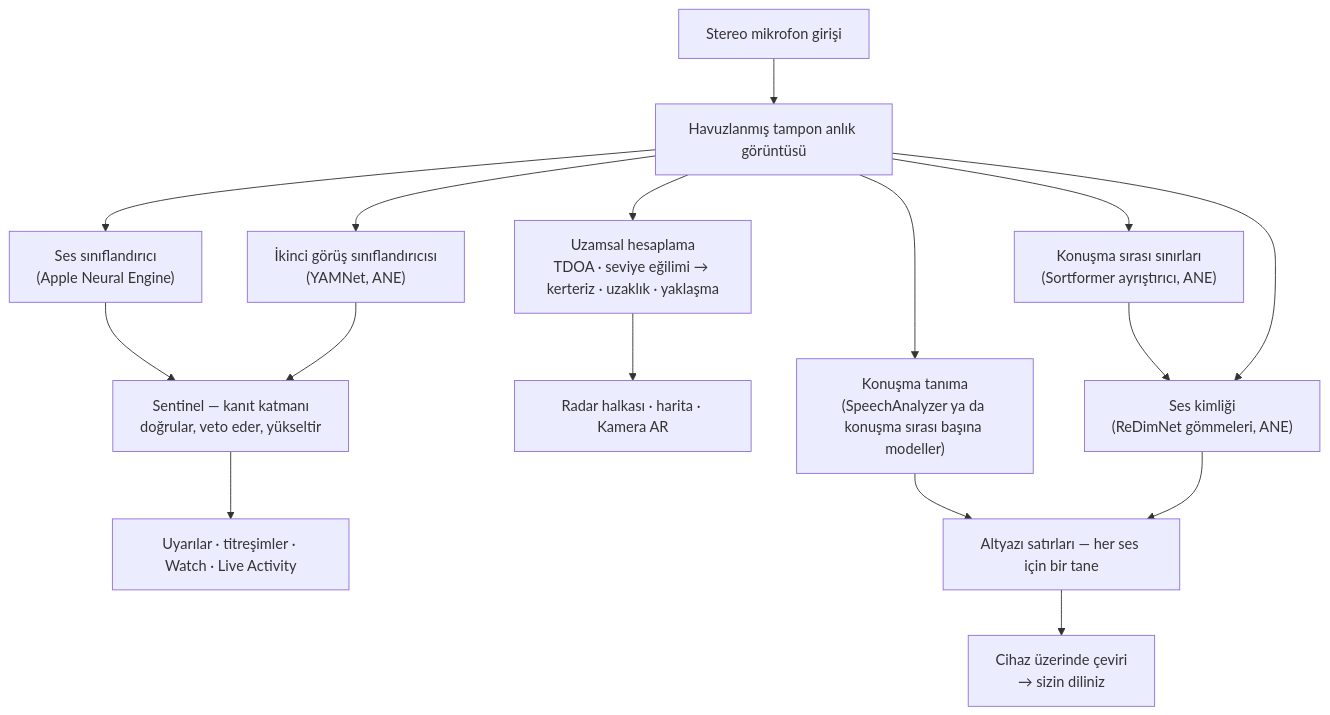
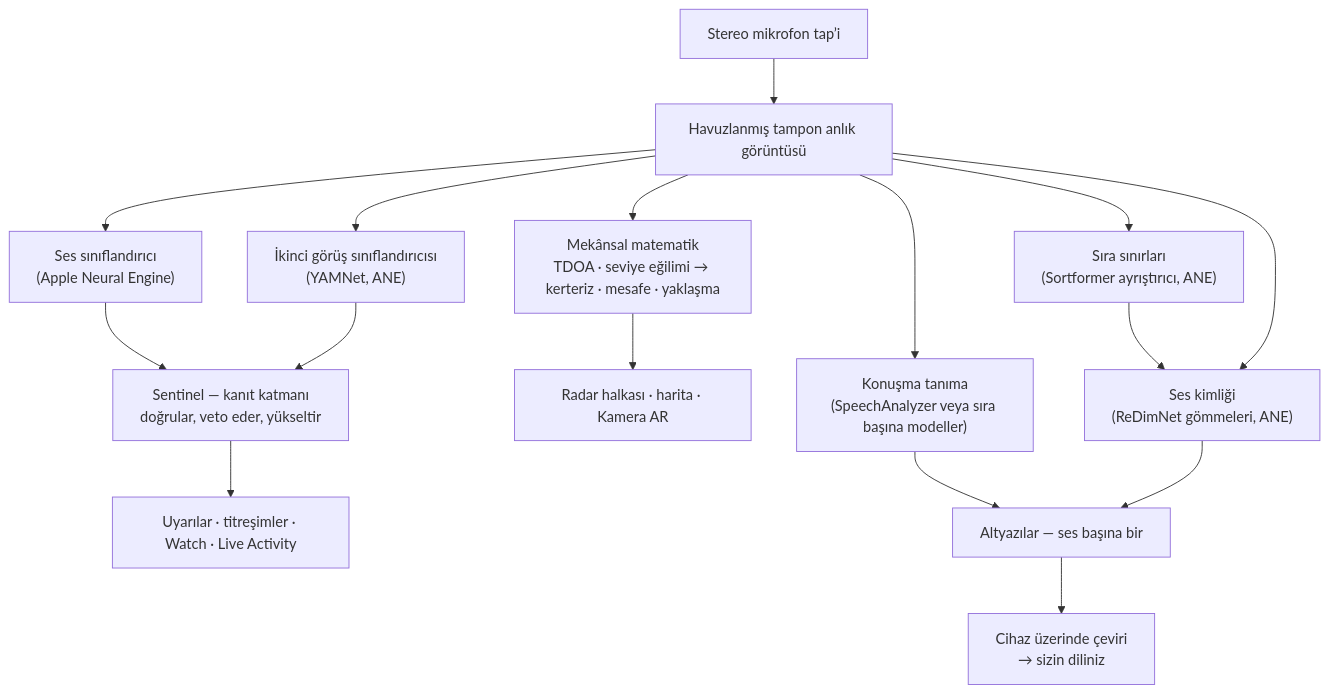
One commit to rpalm01-star/VigilantEarLegal changed the second of 4 diagrams in README_tr.md. Above: the diagram before and after it, drawn with Mermaid. The commit also changed other lines of this file and 14 other files, not shown here.

````diff
--- a/README_tr.md
+++ b/README_tr.md
@@ -145,18 +164,18 @@
 ```mermaid
 graph TD
-    A["Stereo mikrofon girişi"] --> B["Havuzlanmış tampon anlık görüntüsü"]
+    A["Stereo mikrofon tap’i"] --> B["Havuzlanmış tampon anlık görüntüsü"]
     B --> C["Ses sınıflandırıcı<br/>(Apple Neural Engine)"]
     B --> Y["İkinci görüş sınıflandırıcısı<br/>(YAMNet, ANE)"]
     C --> S["Sentinel — kanıt katmanı<br/>doğrular, veto eder, yükseltir"]
     Y --> S
     S --> H["Uyarılar · titreşimler · Watch · Live Activity"]
-    B --> D["Uzamsal hesaplama<br/>TDOA · seviye eğilimi → kerteriz · uzaklık · yaklaşma"]
+    B --> D["Mekânsal matematik<br/>TDOA · seviye eğilimi → kerteriz · mesafe · yaklaşma"]
     D --> R["Radar halkası · harita · Kamera AR"]
-    B --> F["Konuşma tanıma<br/>(SpeechAnalyzer ya da konuşma sırası başına modeller)"]
-    B --> N["Konuşma sırası sınırları<br/>(Sortformer ayrıştırıcı, ANE)"]
+    B --> F["Konuşma tanıma<br/>(SpeechAnalyzer veya sıra başına modeller)"]
+    B --> N["Sıra sınırları<br/>(Sortformer ayrıştırıcı, ANE)"]
     N --> E["Ses kimliği<br/>(ReDimNet gömmeleri, ANE)"]
     B --> E
-    F --> G["Altyazı satırları — her ses için bir tane"]
+    F --> G["Altyazılar — ses başına bir"]
     E --> G
     G --> T["Cihaz üzerinde çeviri<br/>→ sizin diliniz"]
 ```
````
